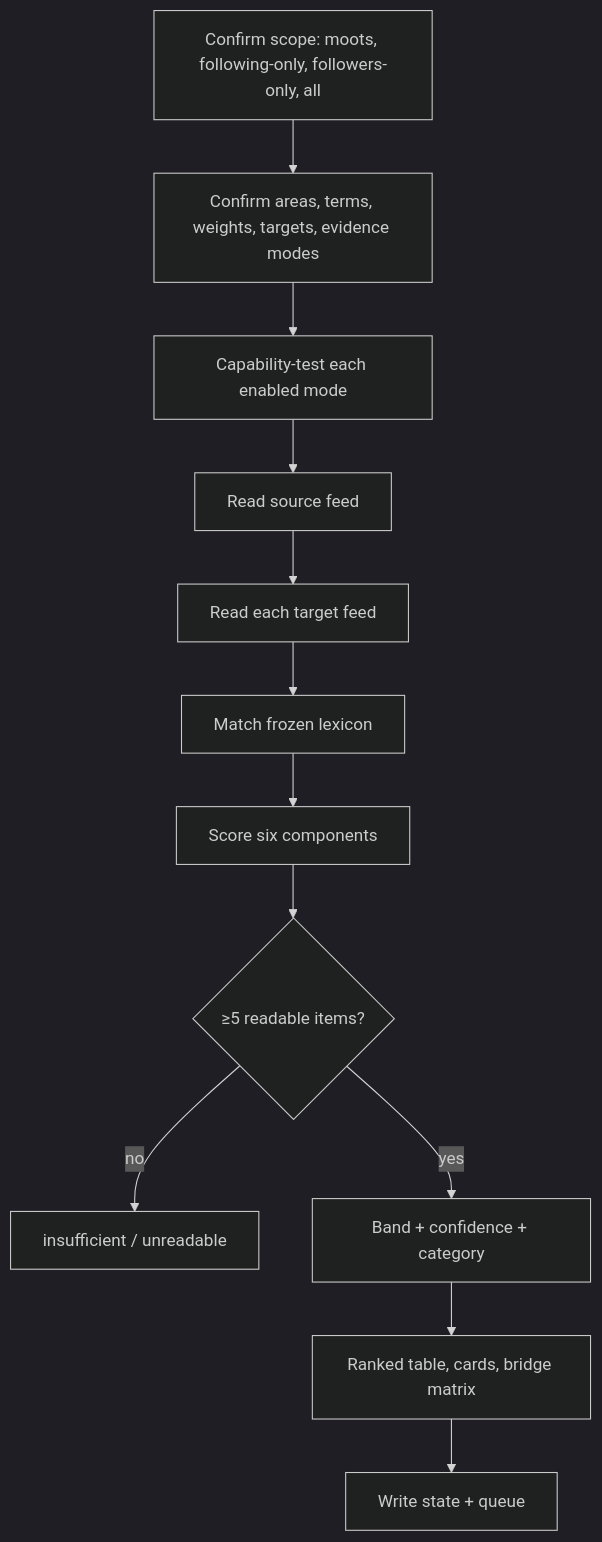
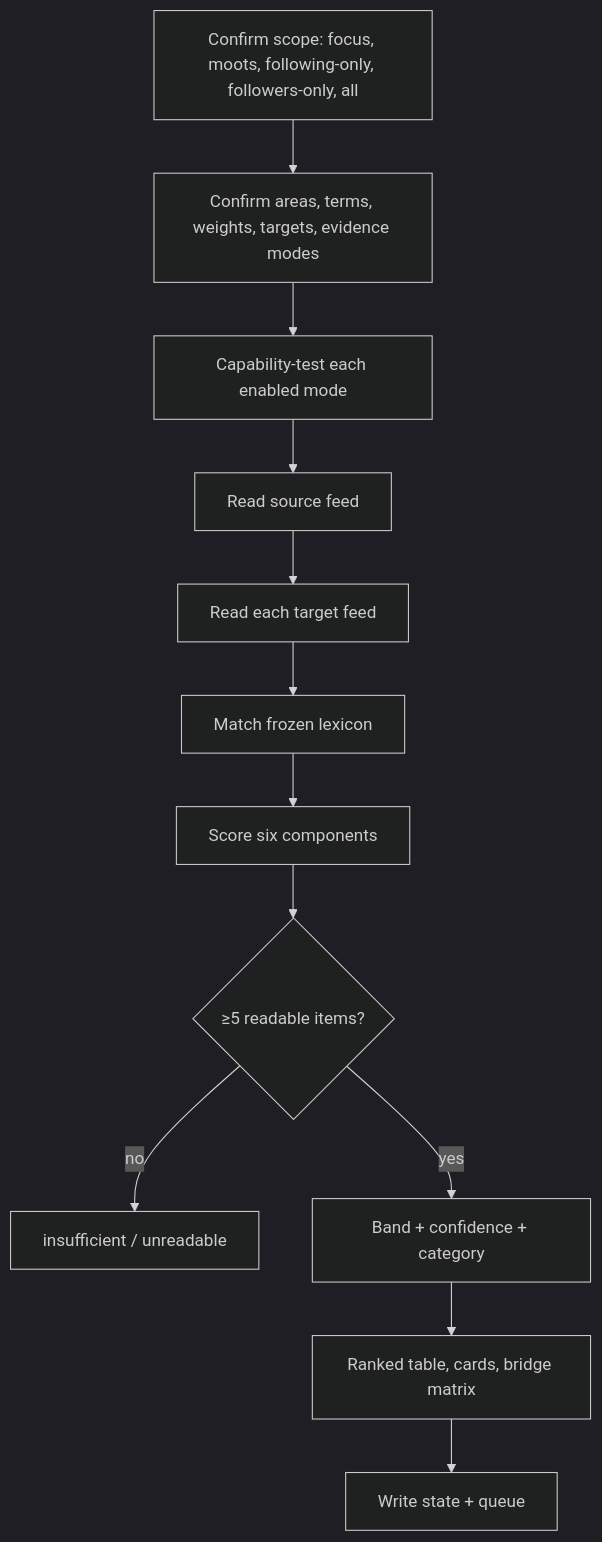
The diagram in lode/skills/twitter-compatibility.md (johndkane/agent-skills), drawn with Mermaid (dark theme) before and after one commit. The commit also changed other lines of this file and 17 other files, not shown here.

````diff
--- a/lode/skills/twitter-compatibility.md
+++ b/lode/skills/twitter-compatibility.md
@@ -60,14 +63,14 @@
 ```mermaid
 flowchart TD
-    P[Confirm scope: moots, following-only, followers-only, all] --> I[Confirm areas, terms, weights, targets, evidence modes]
+    P[Confirm scope: focus, moots, following-only, followers-only, all] --> I[Confirm areas, terms, weights, targets, evidence modes]
     I --> G[Capability-test each enabled mode]
     G --> S[Read source feed]
     S --> T[Read each target feed]
     T --> M[Match frozen lexicon]
     M --> C[Score six components]
     C --> D{≥5 readable items?}
     D -- no --> U[insufficient / unreadable]
     D -- yes --> B[Band + confidence + category]
     B --> R[Ranked table, cards, bridge matrix]
     R --> W[Write state + queue]
 ```
````
